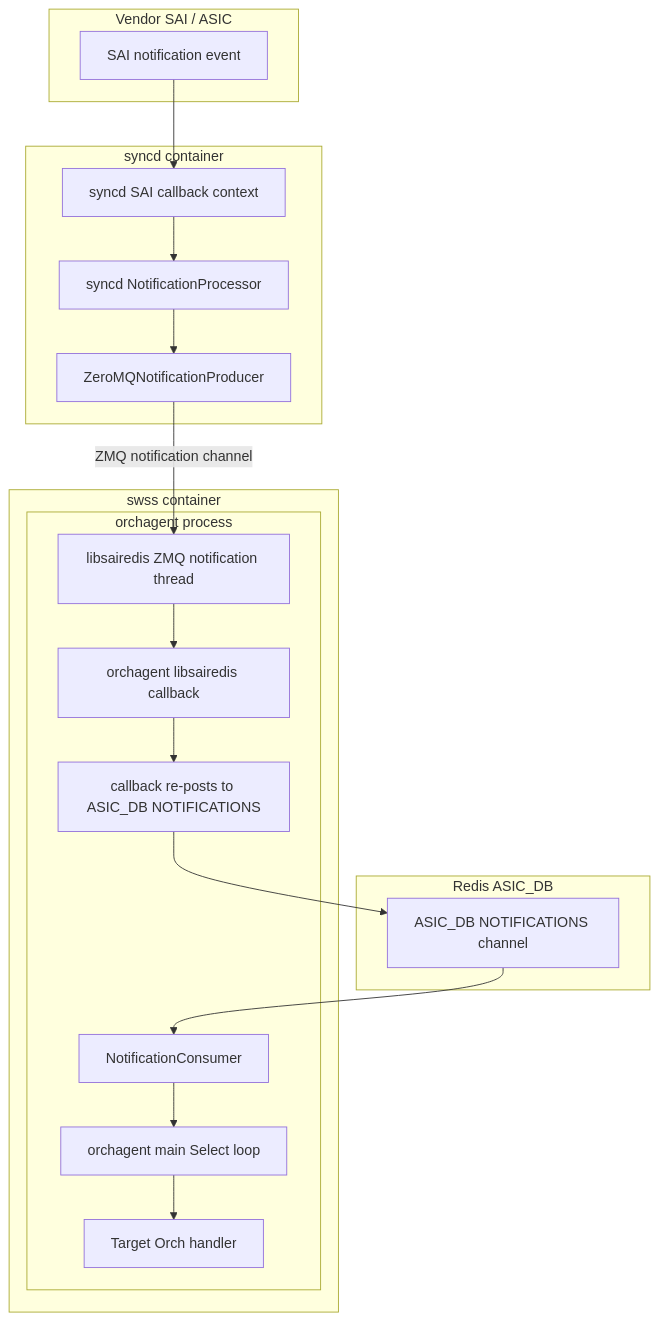
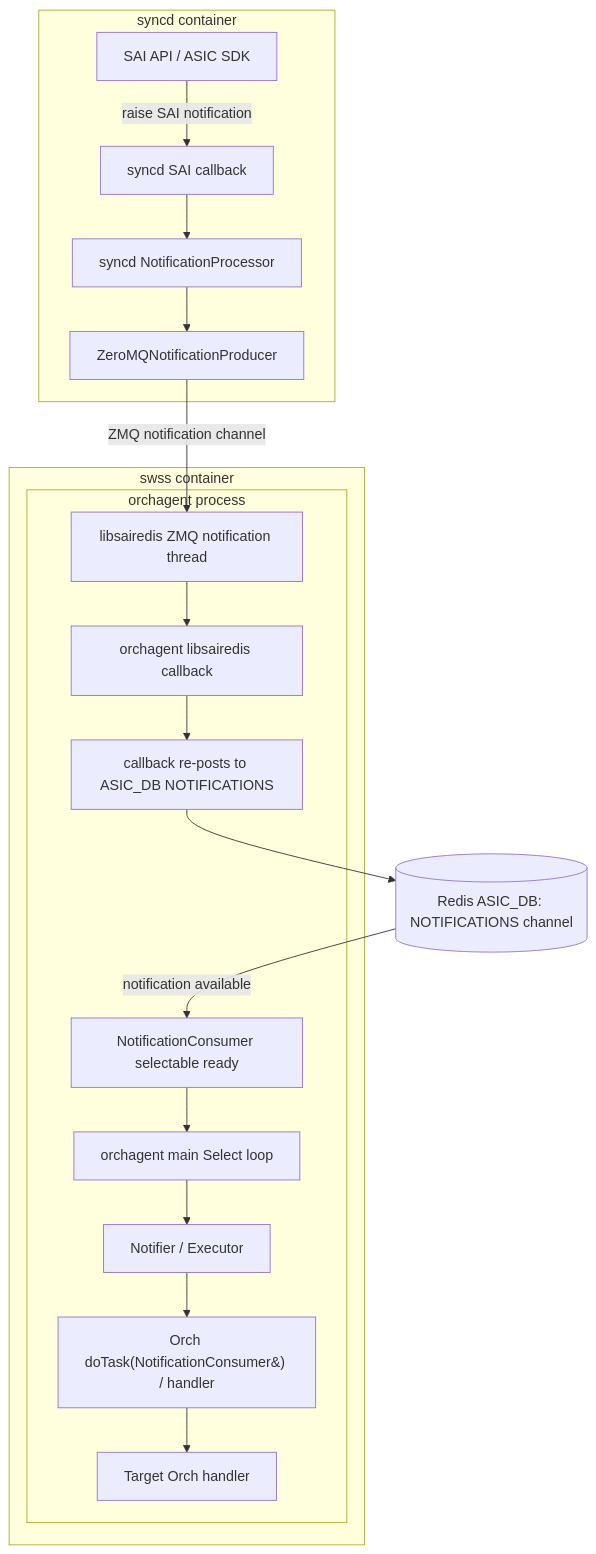
The fourth of 11 diagrams in hld/zmq-southbound-sai-notification-handling.md (sonic-net/sonic-buildimage), drawn with Mermaid before and after one commit. The commit also changed other lines of this file, not shown here.

First line of the commit message:
Update ZMQ southbound SAI notification HLD diagrams

````diff
--- a/hld/zmq-southbound-sai-notification-handling.md
+++ b/hld/zmq-southbound-sai-notification-handling.md
@@ -256,38 +250,37 @@
 ```mermaid
 flowchart TD
-    subgraph vendorAsic["Vendor SAI / ASIC"]
-        vendorEvent["SAI notification event"]
-    end
-
     subgraph syncdContainer["syncd container"]
-        syncdCallback["syncd SAI callback context"]
+        saiApi["SAI API / ASIC SDK"]
+        syncdCallback["syncd SAI callback"]
         notificationProcessor["syncd NotificationProcessor"]
         zmqProducer["ZeroMQNotificationProducer"]
     end
 
-    subgraph redisDb["Redis ASIC_DB"]
-        redisNotifications["ASIC_DB NOTIFICATIONS channel"]
-    end
+    redisNotifications[("Redis ASIC_DB: NOTIFICATIONS channel")]
 
     subgraph swssContainer["swss container"]
         subgraph orchagentProcess["orchagent process"]
             zmqThread["libsairedis ZMQ notification thread"]
             saiCallback["orchagent libsairedis callback"]
             redisRepost["callback re-posts to ASIC_DB NOTIFICATIONS"]
-            redisConsumer["NotificationConsumer"]
+            redisConsumerReady["NotificationConsumer selectable ready"]
             mainLoop["orchagent main Select loop"]
+            notifier["Notifier / Executor"]
+            redisDoTask["Orch doTask(NotificationConsumer&) / handler"]
             orchHandler["Target Orch handler"]
         end
     end
 
-    vendorEvent --> syncdCallback
+    saiApi -->|"raise SAI notification"| syncdCallback
     syncdCallback --> notificationProcessor
     notificationProcessor --> zmqProducer
     zmqProducer -->|"ZMQ notification channel"| zmqThread
     zmqThread --> saiCallback
     saiCallback --> redisRepost
     redisRepost --> redisNotifications
-    redisNotifications --> redisConsumer
-    redisConsumer --> mainLoop
-    mainLoop --> orchHandler
+    redisNotifications -->|"notification available"| redisConsumerReady
+    redisConsumerReady --> mainLoop
+    mainLoop --> notifier
+    notifier --> redisDoTask
+    redisDoTask --> orchHandler
 ```
````
